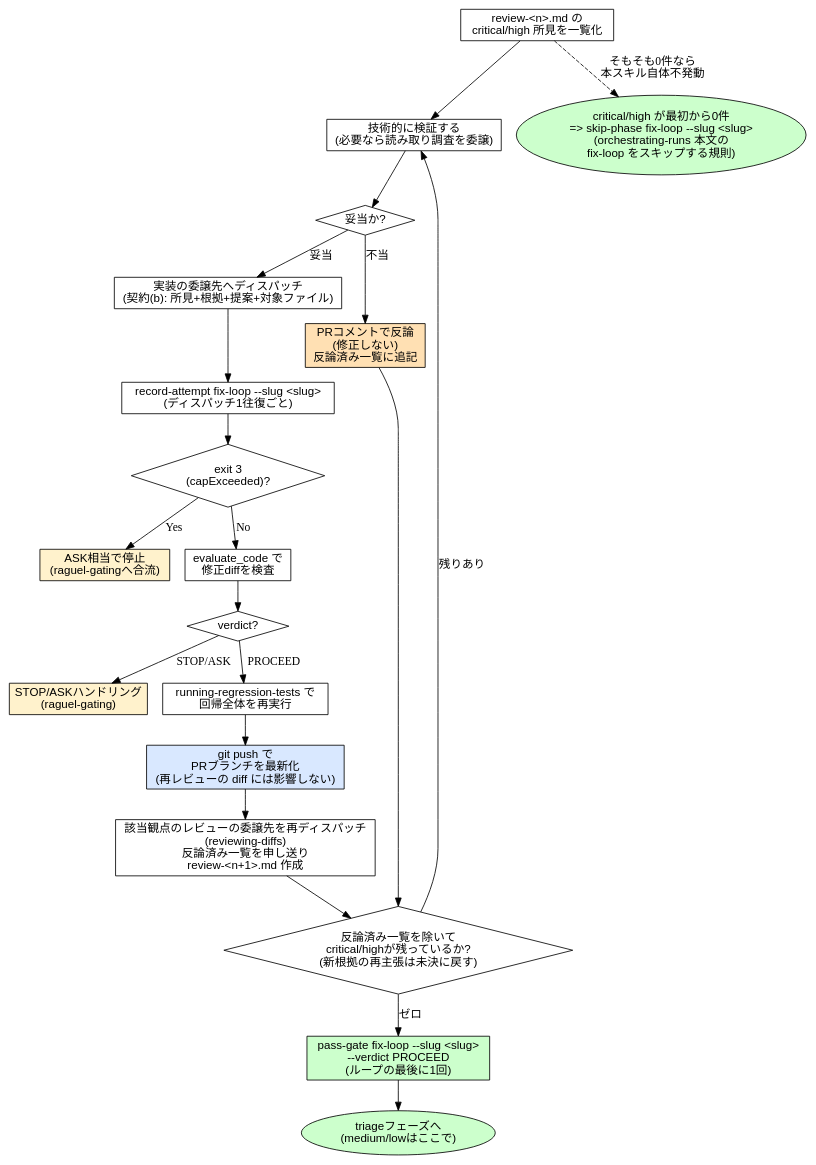
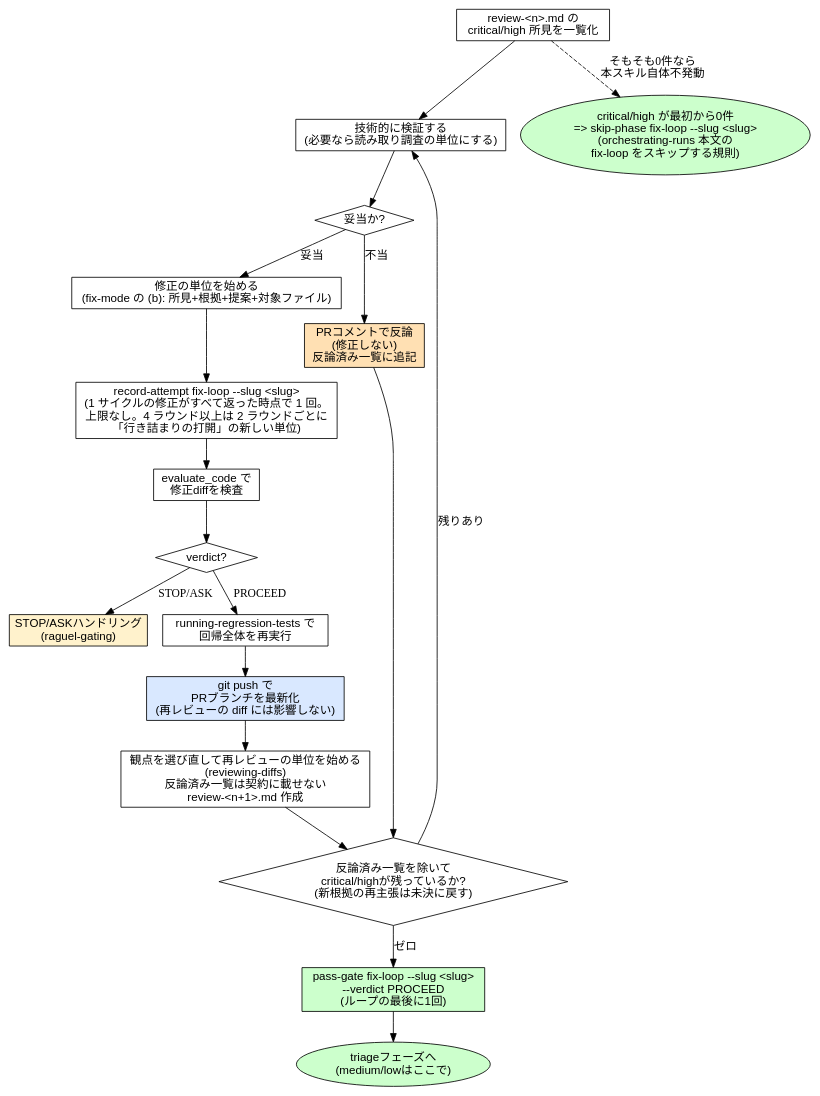
One commit to Amatsuka-kobo/amatsuka-claude-plugins changed diagram 11 of 14 in plugins/codiel/docs/skill-flowcharts.md. Above: the diagram before and after it, drawn with Graphviz. The commit also changed other lines of this file and 4 other files, not shown here.

````diff
--- a/plugins/codiel/docs/skill-flowcharts.md
+++ b/plugins/codiel/docs/skill-flowcharts.md
@@ -424,43 +424,39 @@
 ```dot
 digraph fixing_review_findings {
   rankdir=TB;
   node [fontname="sans-serif"];
 
   findings [label="review-<n>.md の\ncritical/high 所見を一覧化", shape=box];
-  verify [label="技術的に検証する\n(必要なら読み取り調査を委譲)", shape=box];
+  verify [label="技術的に検証する\n(必要なら読み取り調査の単位にする)", shape=box];
   valid [label="妥当か?", shape=diamond];
-  dispatch [label="実装の委譲先へディスパッチ\n(契約(b): 所見+根拠+提案+対象ファイル)", shape=box];
+  dispatch [label="修正の単位を始める\n(fix-mode の (b): 所見+根拠+提案+対象ファイル)", shape=box];
   rebut [label="PRコメントで反論\n(修正しない)\n反論済み一覧に追記", shape=box, style=filled, fillcolor="#ffe0b3"];
-  record_attempt [label="record-attempt fix-loop --slug <slug>\n(ディスパッチ1往復ごと)", shape=box];
-  cap [label="exit 3\n(capExceeded)?", shape=diamond];
-  ask [label="ASK相当で停止\n(raguel-gatingへ合流)", shape=box, style=filled, fillcolor="#fff2cc"];
+  record_attempt [label="record-attempt fix-loop --slug <slug>\n(1 サイクルの修正がすべて返った時点で 1 回。\n上限なし。4 ラウンド以上は 2 ラウンドごとに\n「行き詰まりの打開」の新しい単位)", shape=box];
   evaluate [label="evaluate_code で\n修正diffを検査", shape=box];
   verdict [label="verdict?", shape=diamond];
   stop_ask [label="STOP/ASKハンドリング\n(raguel-gating)", shape=box, style=filled, fillcolor="#fff2cc"];
   regress [label="running-regression-tests で\n回帰全体を再実行", shape=box];
   push [label="git push で\nPRブランチを最新化\n(再レビューの diff には影響しない)", shape=box, style=filled, fillcolor="#d9e8ff"];
-  rereview [label="該当観点のレビューの委譲先を再ディスパッチ\n(reviewing-diffs)\n反論済み一覧を申し送り\nreview-<n+1>.md 作成", shape=box];
+  rereview [label="観点を選び直して再レビューの単位を始める\n(reviewing-diffs)\n反論済み一覧は契約に載せない\nreview-<n+1>.md 作成", shape=box];
   remaining [label="反論済み一覧を除いて\ncritical/highが残っているか?\n(新根拠の再主張は未決に戻す)", shape=diamond];
   passgate [label="pass-gate fix-loop --slug <slug>\n--verdict PROCEED\n(ループの最後に1回)", shape=box, style=filled, fillcolor="#ccffcc"];
   triage [label="triageフェーズへ\n(medium/lowはここで)", shape=ellipse, style=filled, fillcolor="#ccffcc"];
   skip [label="critical/high が最初から0件\n=> skip-phase fix-loop --slug <slug>\n(orchestrating-runs 本文の\nfix-loop をスキップする規則)", shape=ellipse, style=filled, fillcolor="#ccffcc"];
 
   findings -> verify -> valid;
   valid -> dispatch [label="妥当"];
   valid -> rebut [label="不当"];
   dispatch -> record_attempt;
-  record_attempt -> cap;
-  cap -> ask [label="Yes"];
-  cap -> evaluate [label="No"];
+  record_attempt -> evaluate;
   evaluate -> verdict;
   verdict -> stop_ask [label="STOP/ASK"];
   verdict -> regress [label="PROCEED"];
   regress -> push -> rereview -> remaining;
   remaining -> verify [label="残りあり"];
   remaining -> passgate [label="ゼロ"];
   rebut -> remaining;
   passgate -> triage;
 
   findings -> skip [style=dashed, label="そもそも0件なら\n本スキル自体不発動"];
 }
 ```
````
